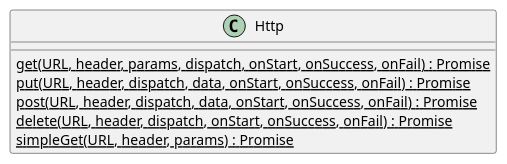
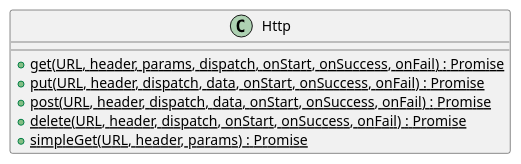
Before and after one commit to ALIENK9/Canteen: the diagram in docs/uml/Http.puml, drawn with PlantUML.

Commit message:
Add public to UML diagram

```diff
--- a/docs/uml/Http.puml
+++ b/docs/uml/Http.puml
@@ -1,12 +1,12 @@
 @startuml Http
 
 class Http {
-  {static} get(URL, header, params, dispatch, onStart, onSuccess, onFail) : Promise
-  {static} put(URL, header, dispatch, data, onStart, onSuccess, onFail) : Promise
-  {static} post(URL, header, dispatch, data, onStart, onSuccess, onFail) : Promise
-  {static} delete(URL, header, dispatch, onStart, onSuccess, onFail) : Promise
-  {static} simpleGet(URL, header, params) : Promise
+  + {static} get(URL, header, params, dispatch, onStart, onSuccess, onFail) : Promise
+  + {static} put(URL, header, dispatch, data, onStart, onSuccess, onFail) : Promise
+  + {static} post(URL, header, dispatch, data, onStart, onSuccess, onFail) : Promise
+  + {static} delete(URL, header, dispatch, onStart, onSuccess, onFail) : Promise
+  + {static} simpleGet(URL, header, params) : Promise
 }
 
 
 @enduml
```
